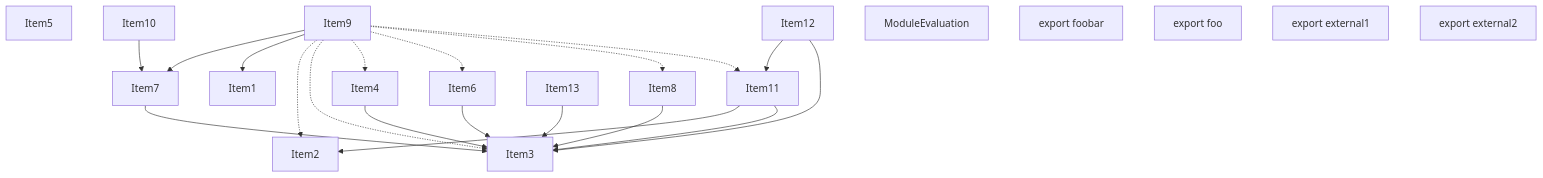
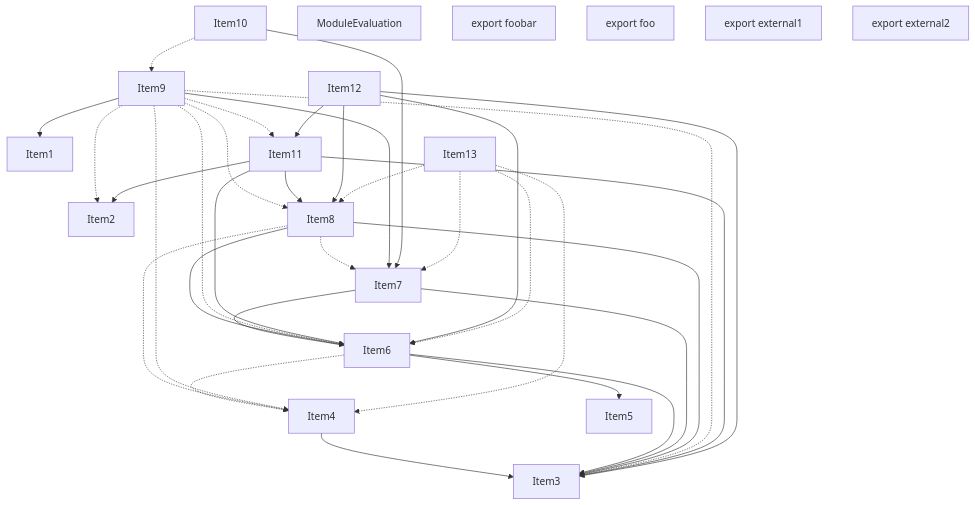
One commit to vercel/turborepo changed the third of 4 diagrams in crates/turbopack-ecmascript/tests/tree-shaker/analyzer/1/output.md. Above: the diagram before and after it, drawn with Mermaid. The commit also changed other lines of this file and 2 other files, not shown here.

````diff
--- a/crates/turbopack-ecmascript/tests/tree-shaker/analyzer/1/output.md
+++ b/crates/turbopack-ecmascript/tests/tree-shaker/analyzer/1/output.md
@@ -203,44 +213,58 @@
 ```mermaid
 graph TD
     Item1;
     Item2;
     Item3;
     Item4;
     Item5;
     Item6;
     Item7;
     Item8;
     Item9;
     Item10;
     Item11;
     Item12;
     Item13;
     Item14;
     Item14["ModuleEvaluation"];
     Item15;
     Item15["export foobar"];
     Item16;
     Item16["export foo"];
     Item17;
     Item17["export external1"];
     Item18;
     Item18["export external2"];
     Item4 --> Item3;
+    Item6 --> Item5;
     Item6 --> Item3;
+    Item6 -.-> Item4;
     Item7 --> Item3;
+    Item7 --> Item6;
     Item8 --> Item3;
+    Item8 --> Item6;
+    Item8 -.-> Item4;
+    Item8 -.-> Item7;
     Item9 --> Item7;
     Item9 --> Item1;
     Item9 -.-> Item2;
     Item9 -.-> Item3;
-    Item9 -.-> Item4;
     Item9 -.-> Item6;
     Item9 -.-> Item8;
+    Item9 -.-> Item4;
     Item9 -.-> Item11;
     Item10 --> Item7;
+    Item10 -.-> Item9;
     Item11 --> Item2;
     Item11 --> Item3;
+    Item11 --> Item6;
+    Item11 --> Item8;
     Item12 --> Item11;
     Item12 --> Item3;
-    Item13 --> Item3;
+    Item12 --> Item6;
+    Item12 --> Item8;
+    Item13 -.-> Item4;
+    Item13 -.-> Item6;
+    Item13 -.-> Item7;
+    Item13 -.-> Item8;
 ```
````
